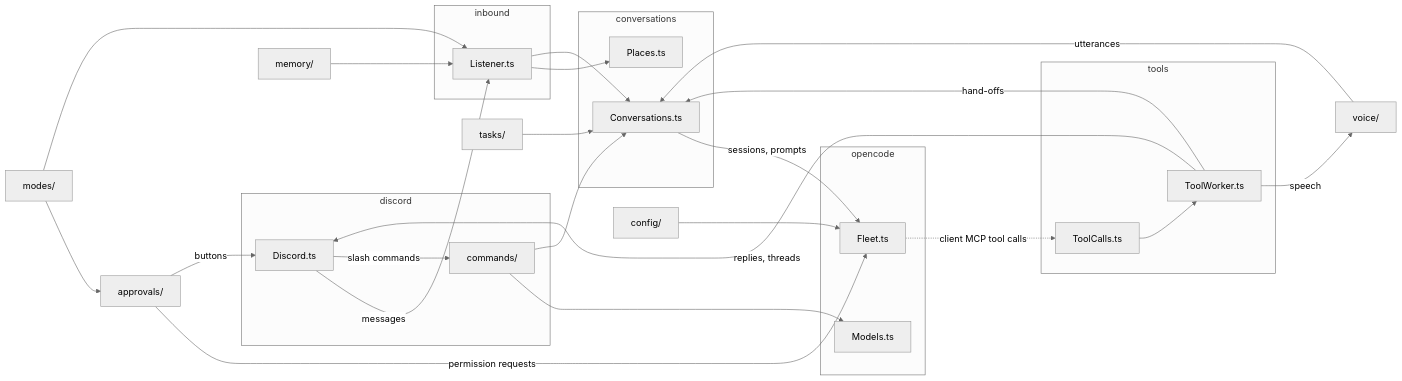
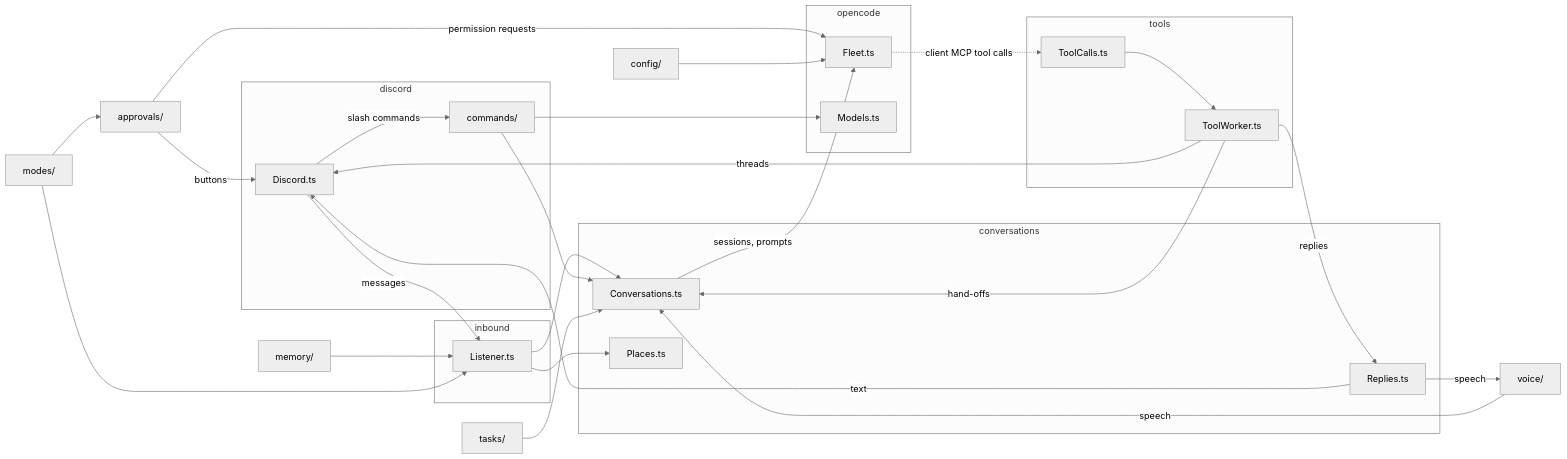
One commit to heditwo/wendell changed the diagram in AGENTS.md. Above: the diagram before and after it, drawn with Mermaid (neutral theme). The commit also changed other lines of this file and 20 other files, not shown here.

````diff
--- a/AGENTS.md
+++ b/AGENTS.md
@@ -46,42 +46,45 @@
 ```mermaid
 flowchart LR
   subgraph discord
     D[Discord.ts]
     K[commands/]
   end
   subgraph inbound
     L[Listener.ts]
   end
   subgraph conversations
     C[Conversations.ts]
     P[Places.ts]
+    R[Replies.ts]
   end
   subgraph opencode
     F[Fleet.ts]
     M[Models.ts]
   end
   subgraph tools
     T[ToolCalls.ts]
     W[ToolWorker.ts]
   end
   D -- messages --> L
   L --> P
   L --> C
   C -- sessions, prompts --> F
   F -. client MCP tool calls .-> T
   T --> W
-  W -- replies, threads --> D
+  W -- threads --> D
+  W -- replies --> R
+  R -- text --> D
   W -- hand-offs --> C
   D -- slash commands --> K
   K --> M
   K --> C
   A[approvals/] -- permission requests --> F
   A -- buttons --> D
   MEM[memory/] --> L
   TA[tasks/] --> C
   MO[modes/] --> A
-  V[voice/] -- utterances --> C
-  W -- speech --> V
+  V[voice/] -- speech --> C
+  R -- speech --> V
   MO --> L
   CFG[config/] --> F
 ```
````
